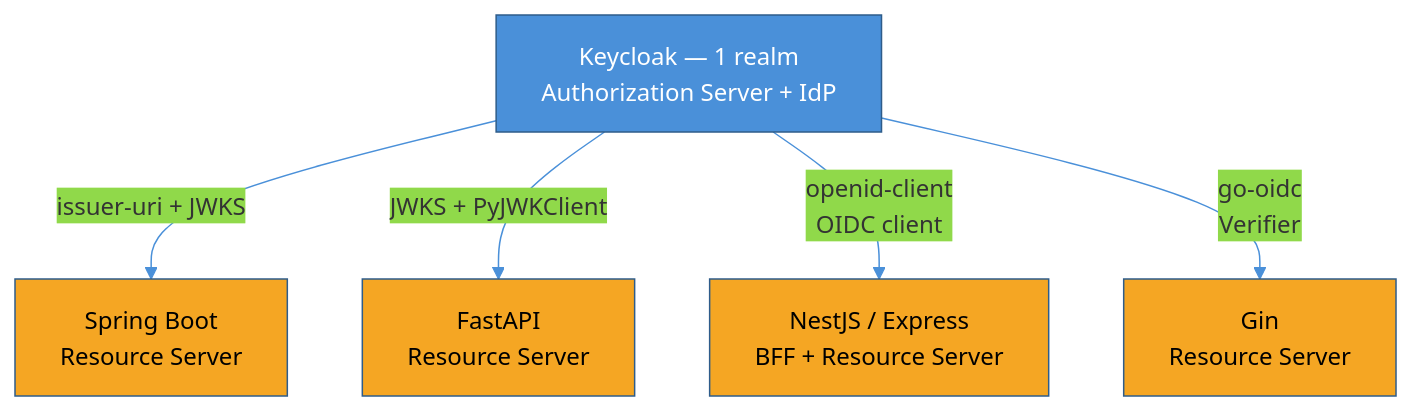
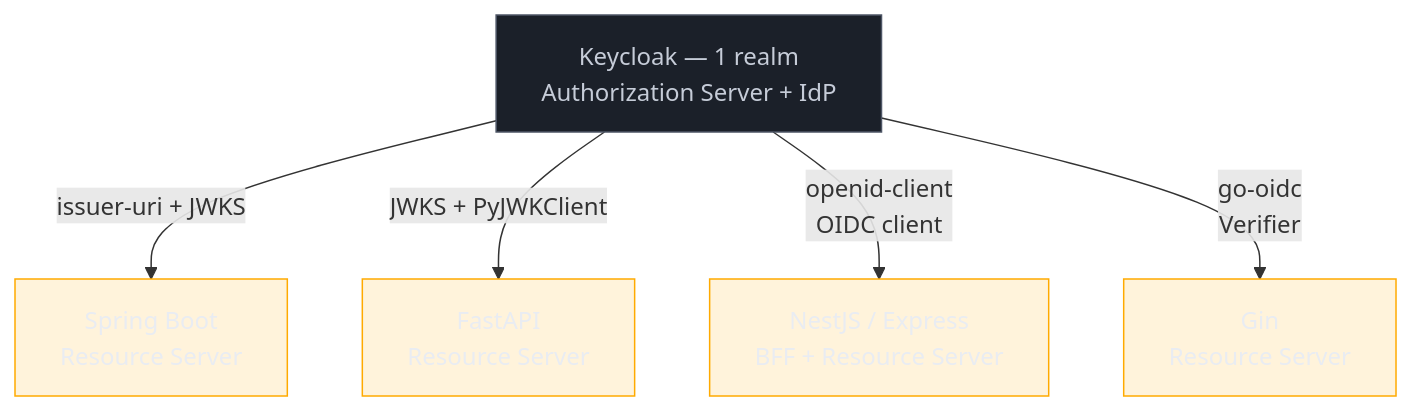
One commit to josenaldo/codex-technomanticus changed the first of 3 diagrams in 03-Dominios/Engenharia/Auth e Identidade/5 - Keycloak/03 - Integrando os stacks com Keycloak.md. Above: the diagram before and after it, drawn with Mermaid. The commit also changed other lines of this file and 1181 other files, not shown here.

First line of the commit message:
fix(diagramas): paleta do sistema no lugar de cor cravada no markdown

````diff
--- a/03-Dominios/Engenharia/Auth e Identidade/5 - Keycloak/03 - Integrando os stacks com Keycloak.md
+++ b/03-Dominios/Engenharia/Auth e Identidade/5 - Keycloak/03 - Integrando os stacks com Keycloak.md
@@ -35,16 +35,17 @@
 ```mermaid
-%%{init: {"theme": "base", "themeVariables": {"primaryColor": "#4A90D9", "primaryBorderColor": "#2E5C8A", "lineColor": "#4A90D9"}}}%%
 graph TD
+    classDef neutro fill:#1B2029,stroke:#4E5666,color:#C6CCD8
+    classDef destaque fill:#FFAA0024,stroke:#FFAA00,color:#E9ECF2
     KC["Keycloak — 1 realm<br/>Authorization Server + IdP"]
 
     KC -->|"issuer-uri + JWKS"| SP["Spring Boot<br/>Resource Server"]
     KC -->|"JWKS + PyJWKClient"| FA["FastAPI<br/>Resource Server"]
     KC -->|"openid-client<br/>OIDC client"| NE["NestJS / Express<br/>BFF + Resource Server"]
     KC -->|"go-oidc<br/>Verifier"| GI["Gin<br/>Resource Server"]
 
-    style KC fill:#4A90D9,color:#fff
-    style SP fill:#F5A623,color:#000
-    style FA fill:#F5A623,color:#000
-    style NE fill:#F5A623,color:#000
-    style GI fill:#F5A623,color:#000
+    class KC neutro
+    class SP destaque
+    class FA destaque
+    class NE destaque
+    class GI destaque
 ```
````
